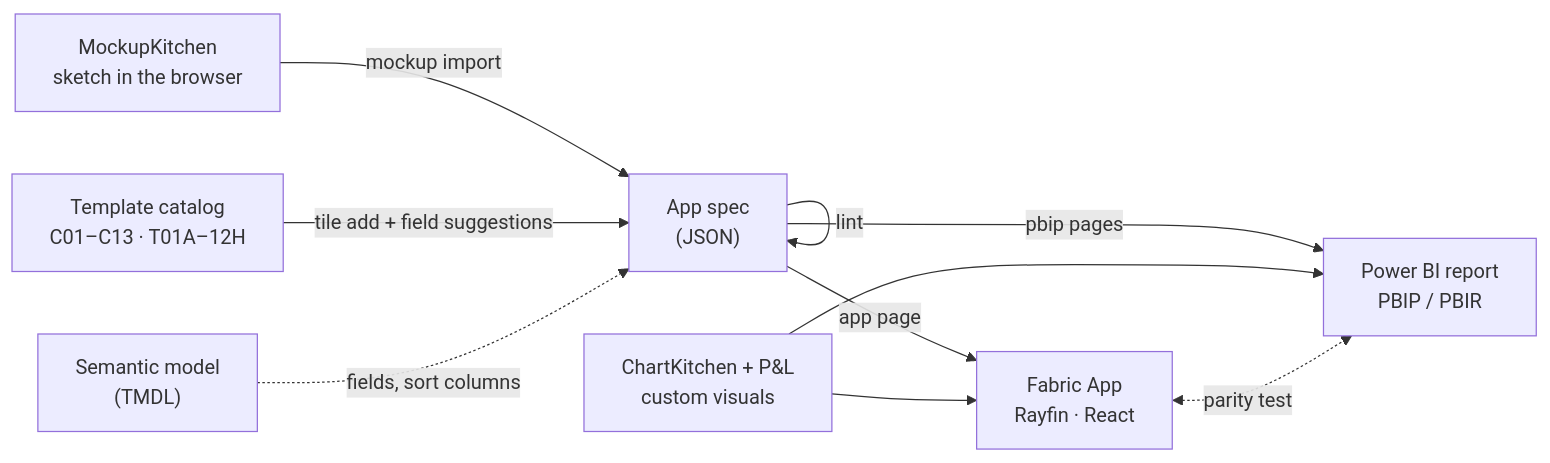
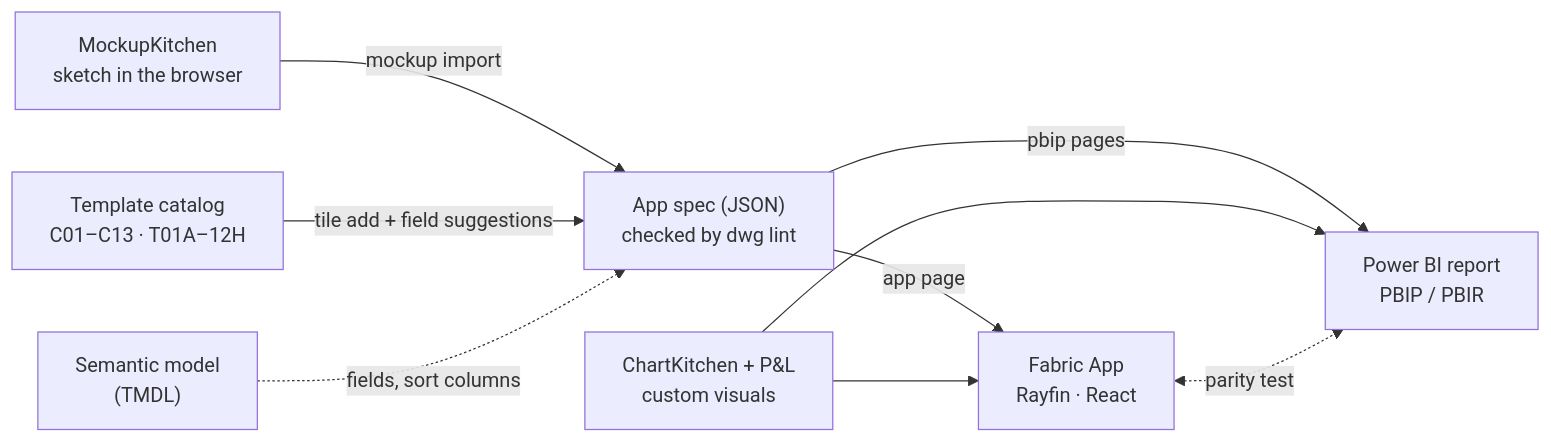
The diagram in README.md (Losveratos/dwg-cli), drawn with Mermaid before and after one commit.

Commit message:
README: Ablaufbild ohne lint-Schleife

````diff
--- a/README.md
+++ b/README.md
@@ -32,12 +32,12 @@
 ```mermaid
 flowchart LR
+    SPEC["App spec (JSON)<br/>checked by dwg lint"]
     MK["MockupKitchen<br/>sketch in the browser"] -->|mockup import| SPEC
     CAT["Template catalog<br/>C01–C13 · T01A–12H"] -->|tile add + field suggestions| SPEC
     TMDL["Semantic model<br/>(TMDL)"] -.->|fields, sort columns| SPEC
-    SPEC["App spec<br/>(JSON)"] -->|lint| SPEC
     SPEC -->|app page| APP["Fabric App<br/>Rayfin · React"]
     SPEC -->|pbip pages| PBI["Power BI report<br/>PBIP / PBIR"]
     VIS["ChartKitchen + P#amp;L<br/>custom visuals"] --> APP
     VIS --> PBI
     APP <-.->|parity test| PBI
 ```
````
